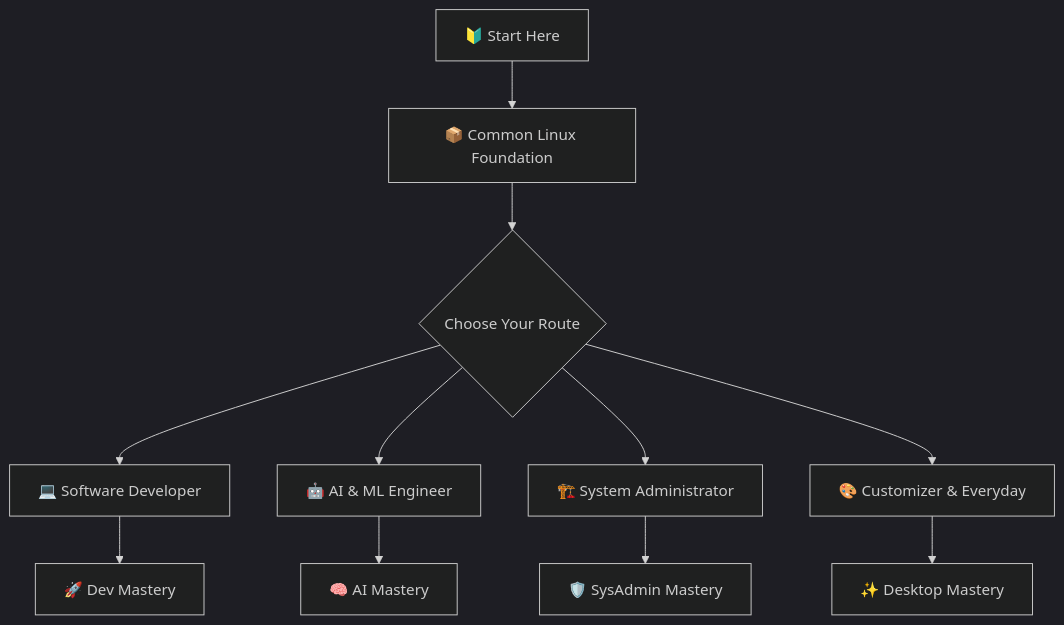
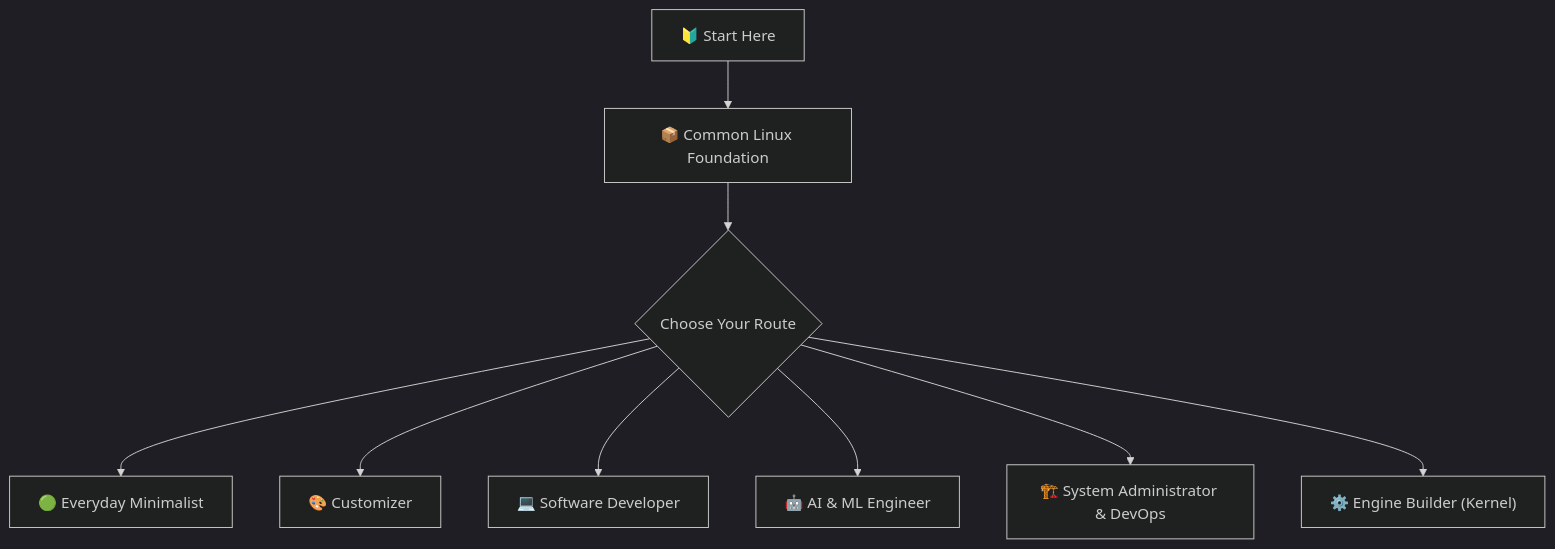
One commit to Harshajaya13/Foss-Club changed the first of 7 diagrams in phase2.md. Above: the diagram before and after it, drawn with Mermaid (dark theme). The commit also changed other lines of this file and 2 other files, not shown here.

````diff
--- a/phase2.md
+++ b/phase2.md
@@ -13,16 +25,13 @@
 ```mermaid
 graph TD
     Start["🔰 Start Here"] --> Base["📦 Common Linux Foundation"]
     
     Base --> Path{Choose Your Route}
     
+    Path --> Min["🟢 Everyday Minimalist"]
+    Path --> Cust["🎨 Customizer"]
     Path --> Dev["💻 Software Developer"]
     Path --> AI["🤖 AI & ML Engineer"]
-    Path --> Admin["🏗️ System Administrator"]
-    Path --> Custom["🎨 Customizer & Everyday"]
-    
-    Dev --> DevMaster["🚀 Dev Mastery"]
-    AI --> AIMaster["🧠 AI Mastery"]
-    Admin --> AdminMaster["🛡️ SysAdmin Mastery"]
-    Custom --> CustomMaster["✨ Desktop Mastery"]
+    Path --> Admin["🏗️ System Administrator & DevOps"]
+    Path --> Eng["⚙️ Engine Builder (Kernel)"]
 ```
````
